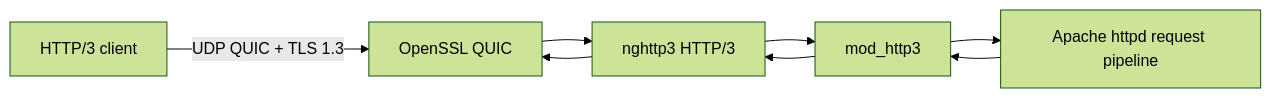
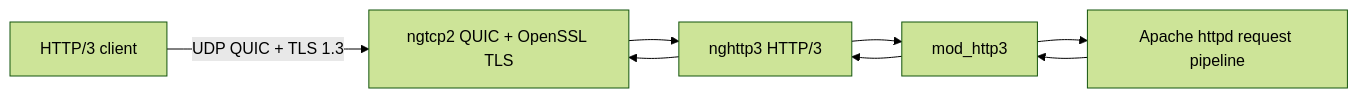
The diagram in docs/architecture.md (xl32/mod_http3), drawn with Mermaid (forest theme) before and after one commit. The commit also changed other lines of this file and 40 other files, not shown here.

First line of the commit message:
Move the QUIC transport to ngtcp2 and add H3EarlyData for 0-RTT

````diff
--- a/docs/architecture.md
+++ b/docs/architecture.md
@@ -5,10 +5,10 @@
 ```mermaid
 flowchart LR
-    Client[HTTP/3 client] -->|UDP QUIC + TLS 1.3| Engine[OpenSSL QUIC]
+    Client[HTTP/3 client] -->|UDP QUIC + TLS 1.3| Engine[ngtcp2 QUIC + OpenSSL TLS]
     Engine --> nghttp3[nghttp3 HTTP/3]
     nghttp3 --> Module[mod_http3]
     Module --> httpd[Apache httpd request pipeline]
     httpd --> Module
     Module --> nghttp3
     nghttp3 --> Engine
 ```
````
